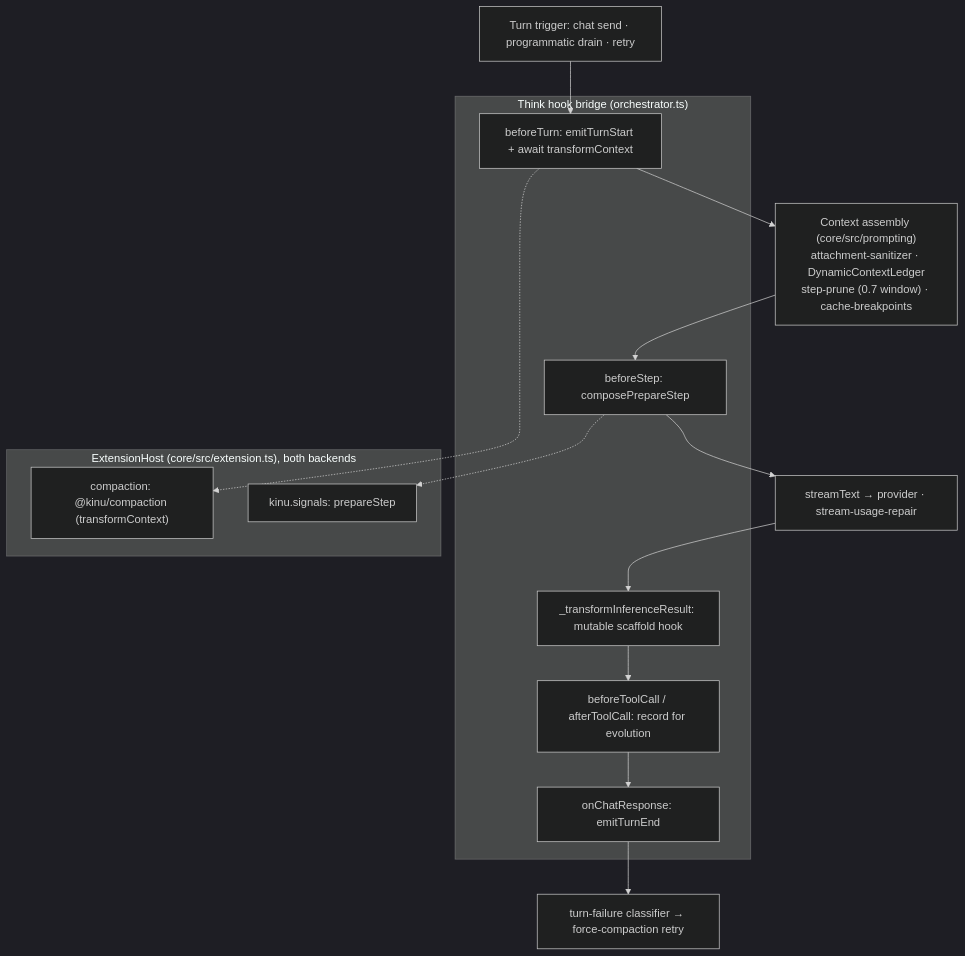
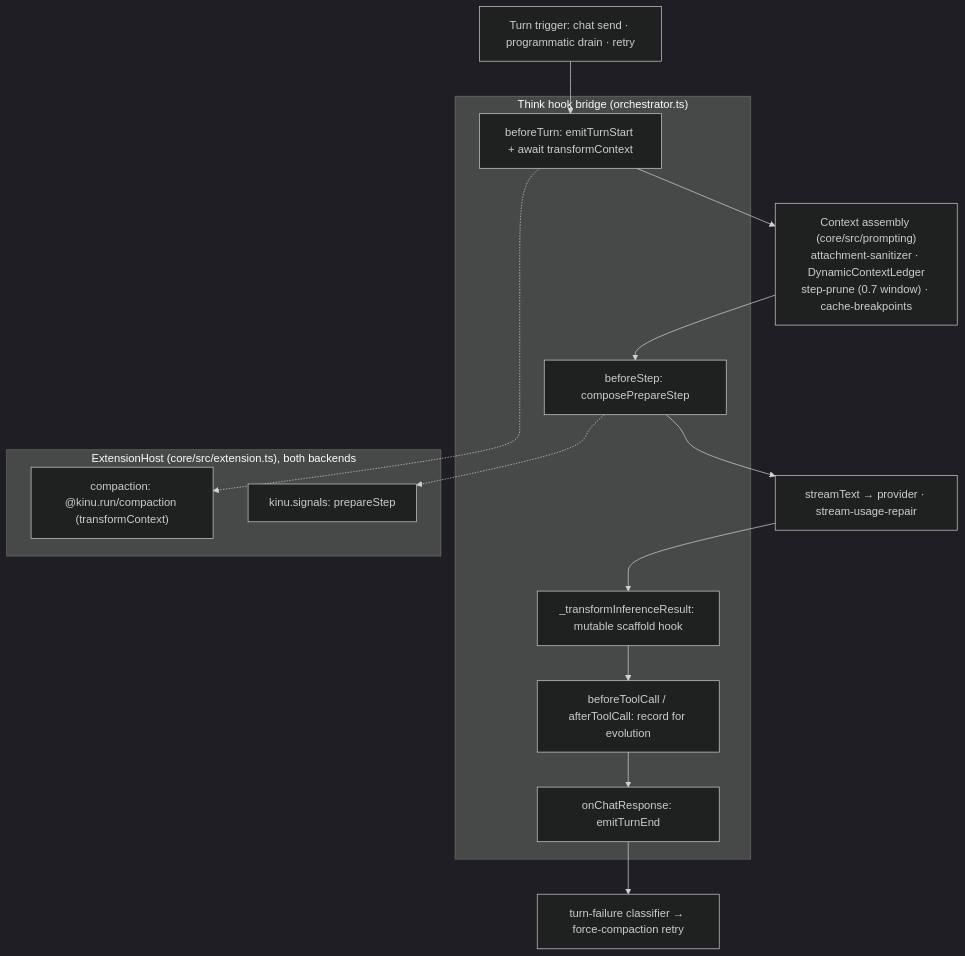
Before and after one commit to AshishKumar4/Proteus: the third of 5 diagrams in docs/ARCHITECTURE.md, drawn with Mermaid (dark theme). The commit also changed other lines of this file and 505 other files, not shown here.

First line of the commit message:
refactor: the npm scope is @kinu.run

````diff
--- a/docs/ARCHITECTURE.md
+++ b/docs/ARCHITECTURE.md
@@ -173,25 +173,25 @@
 ```mermaid
 flowchart TB
     In["Turn trigger: chat send · programmatic drain · retry"]
 
     subgraph Bridge["Think hook bridge (orchestrator.ts)"]
         BT["beforeTurn: emitTurnStart + await transformContext"]
         BS["beforeStep: composePrepareStep"]
         TC["beforeToolCall / afterToolCall: record for evolution"]
         IT["_transformInferenceResult: mutable scaffold hook"]
         CR["onChatResponse: emitTurnEnd"]
     end
 
     subgraph Host["ExtensionHost (core/src/extension.ts), both backends"]
-        Comp["compaction: @kinu/compaction (transformContext)"]
+        Comp["compaction: @kinu.run/compaction (transformContext)"]
         Inj["kinu.signals: prepareStep"]
     end
 
     Assembly["Context assembly (core/src/prompting)<br/>attachment-sanitizer · DynamicContextLedger<br/>step-prune (0.7 window) · cache-breakpoints"]
     Model["streamText → provider · stream-usage-repair"]
     Fail["turn-failure classifier → force-compaction retry"]
 
     In --> BT --> Assembly --> BS --> Model --> IT --> TC --> CR --> Fail
     BT -.-> Comp
     BS -.-> Inj
 ```
````
